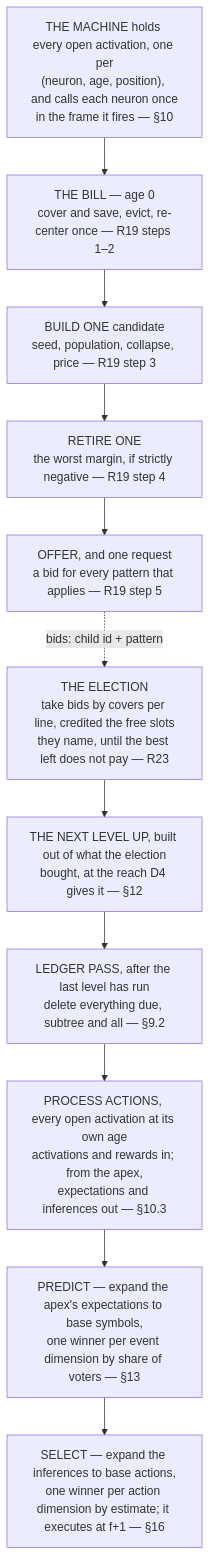
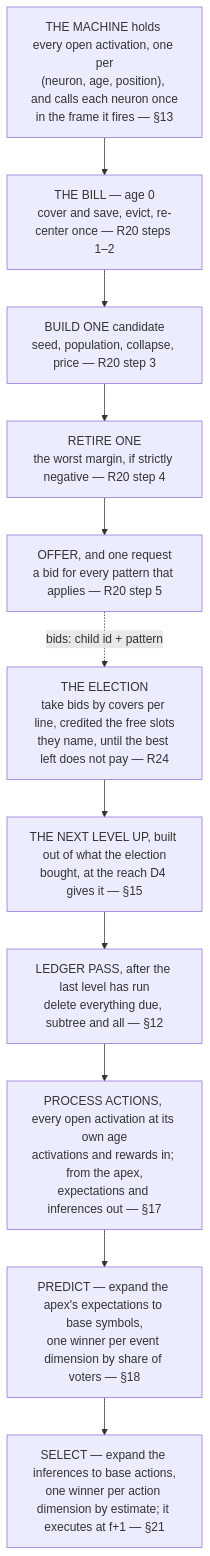
One commit to cucar/robot_brain changed the diagram in docs/algorithm-remarks.md. Above: the diagram before and after it, drawn with Mermaid. The commit also changed other lines of this file and 3 other files, not shown here.

````diff
--- a/docs/algorithm-remarks.md
+++ b/docs/algorithm-remarks.md
@@ -999,14 +939,14 @@
 ```mermaid
 flowchart TD
-    A["THE MACHINE holds every open activation, one per<br/>(neuron, age, position), and calls each neuron once<br/>in the frame it fires — §10"]
-    A --> B["THE BILL — age 0<br/>cover and save, evict, re-center once — R19 steps 1–2"]
-    B --> M["BUILD ONE candidate<br/>seed, population, collapse, price — R19 step 3"]
-    M --> DEL["RETIRE ONE<br/>the worst margin, if strictly negative — R19 step 4"]
-    DEL --> P["OFFER, and one request<br/>a bid for every pattern that applies — R19 step 5"]
-    P -.->|"bids: child id + pattern"| X["THE ELECTION<br/>take bids by covers per line, credited the free slots<br/>they name, until the best left does not pay — R23"]
-    X --> O["THE NEXT LEVEL UP, built out of what the election<br/>bought, at the reach D4 gives it — §12"]
-    O --> Z["LEDGER PASS, after the last level has run<br/>delete everything due, subtree and all — §9.2"]
-    Z --> W["PROCESS ACTIONS, every open activation at its own age<br/>activations and rewards in; from the apex,<br/>expectations and inferences out — §10.3"]
-    W --> Y["PREDICT — expand the apex's expectations to base symbols,<br/>one winner per event dimension by share of voters — §13"]
-    Y --> S["SELECT — expand the inferences to base actions,<br/>one winner per action dimension by estimate; it executes at f+1 — §16"]
+    A["THE MACHINE holds every open activation, one per<br/>(neuron, age, position), and calls each neuron once<br/>in the frame it fires — §13"]
+    A --> B["THE BILL — age 0<br/>cover and save, evict, re-center once — R20 steps 1–2"]
+    B --> M["BUILD ONE candidate<br/>seed, population, collapse, price — R20 step 3"]
+    M --> DEL["RETIRE ONE<br/>the worst margin, if strictly negative — R20 step 4"]
+    DEL --> P["OFFER, and one request<br/>a bid for every pattern that applies — R20 step 5"]
+    P -.->|"bids: child id + pattern"| X["THE ELECTION<br/>take bids by covers per line, credited the free slots<br/>they name, until the best left does not pay — R24"]
+    X --> O["THE NEXT LEVEL UP, built out of what the election<br/>bought, at the reach D4 gives it — §15"]
+    O --> Z["LEDGER PASS, after the last level has run<br/>delete everything due, subtree and all — §12"]
+    Z --> W["PROCESS ACTIONS, every open activation at its own age<br/>activations and rewards in; from the apex,<br/>expectations and inferences out — §17"]
+    W --> Y["PREDICT — expand the apex's expectations to base symbols,<br/>one winner per event dimension by share of voters — §18"]
+    Y --> S["SELECT — expand the inferences to base actions,<br/>one winner per action dimension by estimate; it executes at f+1 — §21"]
 ```
````
